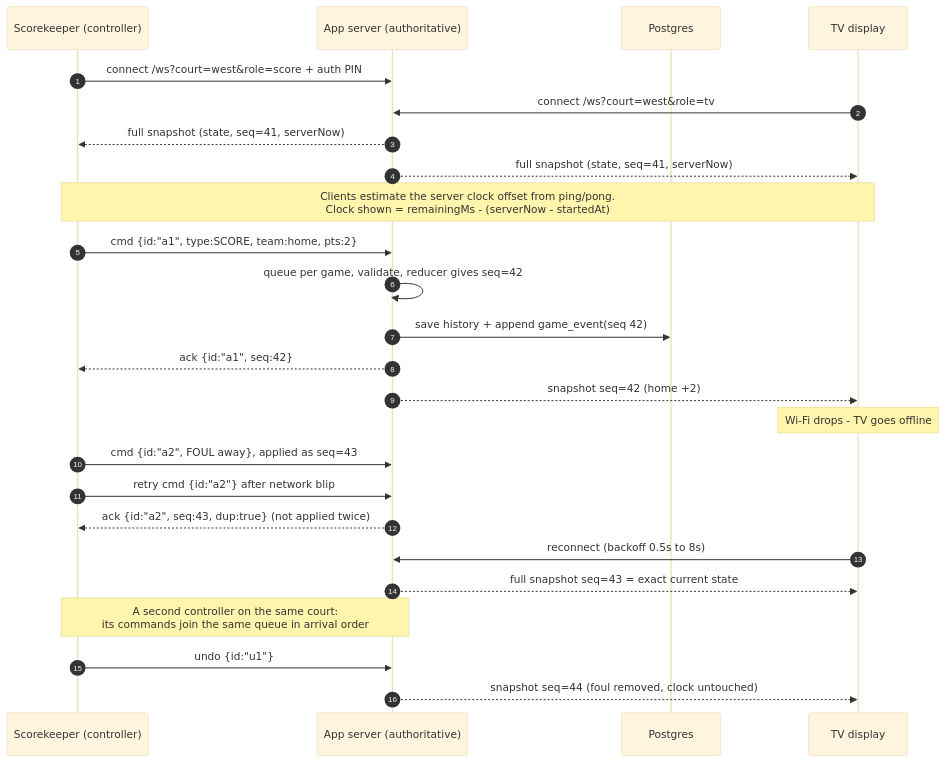
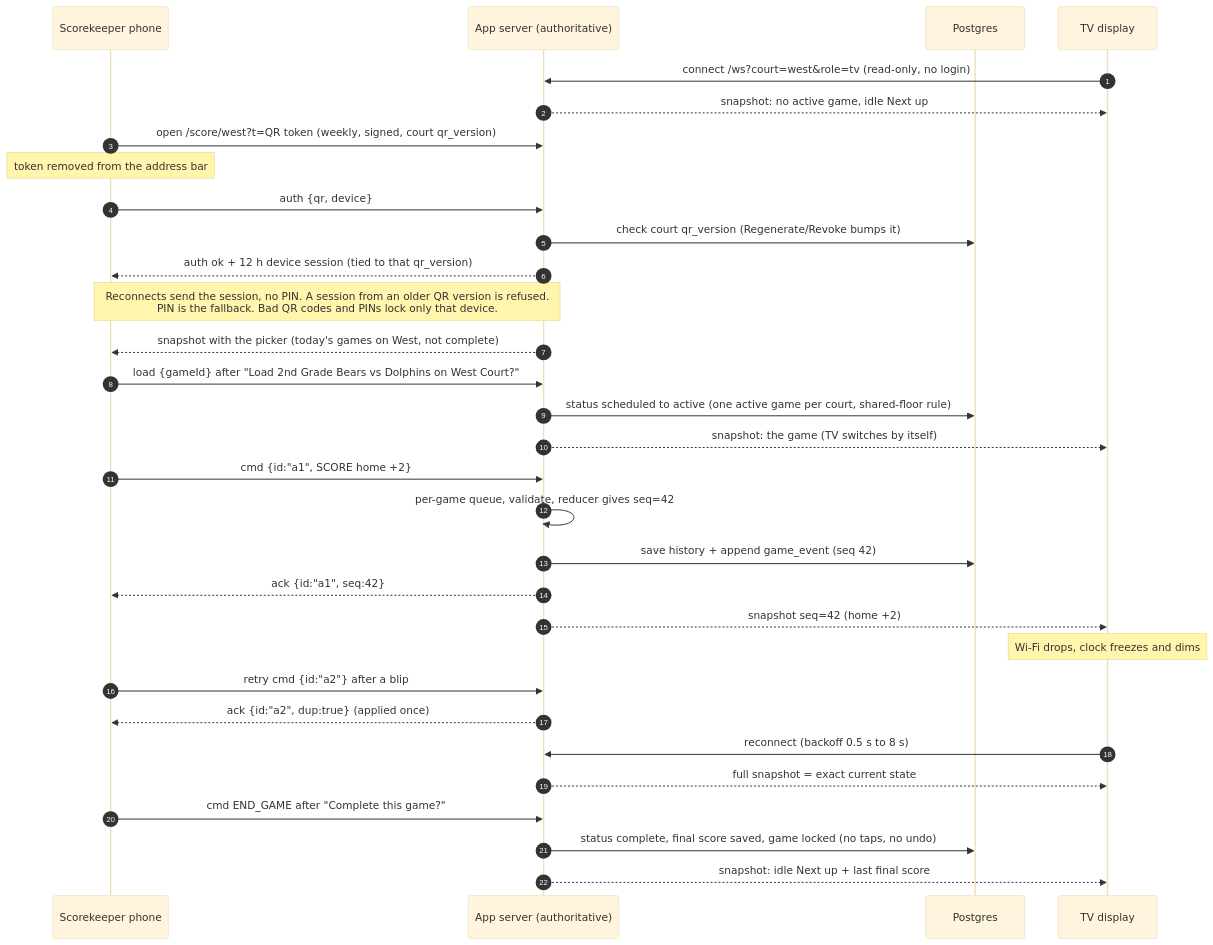
The diagram in deliverables/diagrams/realtime-sequence.mmd (aingalsbe/UpwardScoreboard), drawn with Mermaid (base theme) before and after one commit. The commit also changed 6 other files, not shown here.

Commit message:
Docs: realtime sequence with QR sign-in -> session -> picker -> load -> complete; POC doc final pass (round 4 fixes, QR invalidation, backstop, CSV partial rows, test counts, backlog)

```diff
--- a/deliverables/diagrams/realtime-sequence.mmd
+++ b/deliverables/diagrams/realtime-sequence.mmd
@@ -1,25 +1,31 @@
 sequenceDiagram
   autonumber
-  participant SK as Scorekeeper (controller)
+  participant SK as Scorekeeper phone
   participant S as App server (authoritative)
   participant DB as Postgres
   participant TV as TV display
-  SK->>S: connect /ws?court=west&role=score + auth PIN
-  TV->>S: connect /ws?court=west&role=tv
-  S-->>SK: full snapshot (state, seq=41, serverNow)
-  S-->>TV: full snapshot (state, seq=41, serverNow)
-  Note over SK,TV: Clients estimate the server clock offset from ping/pong.<br/>Clock shown = remainingMs - (serverNow - startedAt)
-  SK->>S: cmd {id:"a1", type:SCORE, team:home, pts:2}
-  S->>S: queue per game, validate, reducer gives seq=42
-  S->>DB: save history + append game_event(seq 42)
+  TV->>S: connect /ws?court=west&role=tv (read-only, no login)
+  S-->>TV: snapshot: no active game, idle Next up
+  SK->>S: open /score/west?t=QR token (weekly, signed, court qr_version)
+  Note over SK: token removed from the address bar
+  SK->>S: auth {qr, device}
+  S->>DB: check court qr_version (Regenerate/Revoke bumps it)
+  S-->>SK: auth ok + 12 h device session (tied to that qr_version)
+  Note over SK,S: Reconnects send the session, no PIN. A session from an older QR version is refused.<br/>PIN is the fallback. Bad QR codes and PINs lock only that device.
+  S-->>SK: snapshot with the picker (today's games on West, not complete)
+  SK->>S: load {gameId} after "Load 2nd Grade Bears vs Dolphins on West Court?"
+  S->>DB: status scheduled to active (one active game per court, shared-floor rule)
+  S-->>TV: snapshot: the game (TV switches by itself)
+  SK->>S: cmd {id:"a1", SCORE home +2}
+  S->>S: per-game queue, validate, reducer gives seq=42
+  S->>DB: save history + append game_event (seq 42)
   S-->>SK: ack {id:"a1", seq:42}
   S-->>TV: snapshot seq=42 (home +2)
-  Note over TV: Wi-Fi drops - TV goes offline
-  SK->>S: cmd {id:"a2", FOUL away}, applied as seq=43
-  SK->>S: retry cmd {id:"a2"} after network blip
-  S-->>SK: ack {id:"a2", seq:43, dup:true} (not applied twice)
-  TV->>S: reconnect (backoff 0.5s to 8s)
-  S-->>TV: full snapshot seq=43 = exact current state
-  Note over SK,S: A second controller on the same court:<br/>its commands join the same queue in arrival order
-  SK->>S: undo {id:"u1"}
-  S-->>TV: snapshot seq=44 (foul removed, clock untouched)
+  Note over TV: Wi-Fi drops, clock freezes and dims
+  SK->>S: retry cmd {id:"a2"} after a blip
+  S-->>SK: ack {id:"a2", dup:true} (applied once)
+  TV->>S: reconnect (backoff 0.5 s to 8 s)
+  S-->>TV: full snapshot = exact current state
+  SK->>S: cmd END_GAME after "Complete this game?"
+  S->>DB: status complete, final score saved, game locked (no taps, no undo)
+  S-->>TV: snapshot: idle Next up + last final score
```
